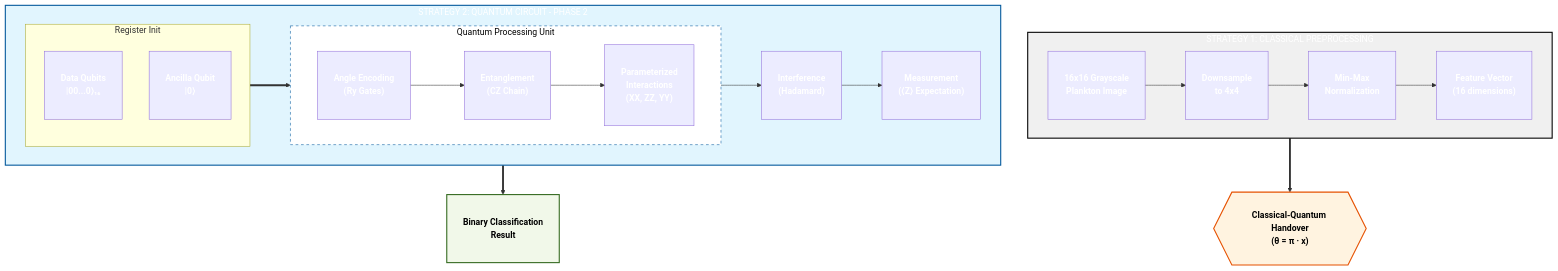
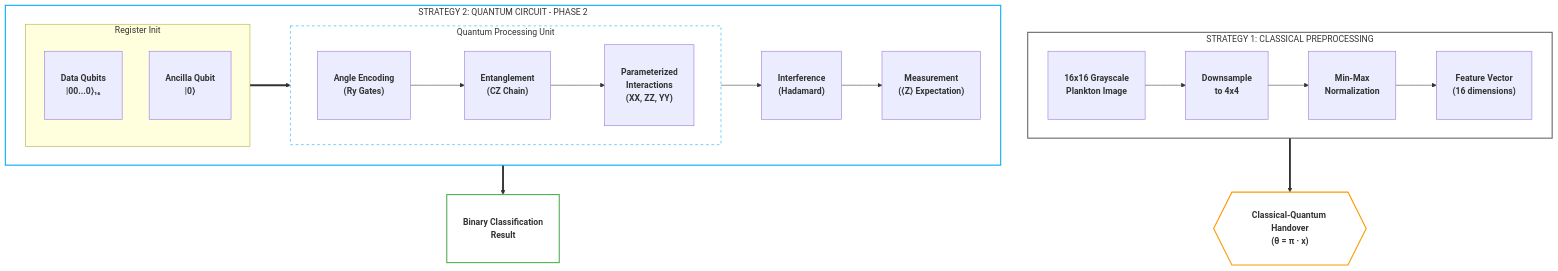
Before and after one commit to juleshenry/quantum-mnist: the first of 2 diagrams in README.md, drawn with Mermaid. The commit also changed other lines of this file and 7 other files, not shown here.

````diff
--- a/README.md
+++ b/README.md
@@ -27,57 +27,46 @@
 ```mermaid
 graph TD
     %% Classical Layer
     subgraph Classical_Layer [STRATEGY 1: CLASSICAL PREPROCESSING]
         direction LR
         A["<br/><b>16x16 Grayscale</b><br/><b>Plankton Image</b><br/><br/>"] --> B["<br/><b>Downsample</b><br/><b>to 4x4</b><br/><br/>"]
         B --> C["<br/><b>Min-Max</b><br/><b>Normalization</b><br/><br/>"]
         C --> D["<br/><b>Feature Vector</b><br/><b>(16 dimensions)</b><br/><br/>"]
     end
 
     %% Data Handover
     D ==> Interface{{"<br/><b>Classical-Quantum Handover</b><br/><b>(θ = π · x)</b><br/><br/>"}}
 
     %% Quantum Layer
     subgraph Quantum_Layer [STRATEGY 2: QUANTUM CIRCUIT - PHASE 2]
         direction LR
         
         subgraph Register_Init [Register Init]
             direction TB
             Q_Data["<br/><b>Data Qubits</b><br/><b>|00...0⟩₁₆</b><br/><br/>"]
             Q_Anc["<br/><b>Ancilla Qubit</b><br/><b>|0⟩</b><br/><br/>"]
         end
 
         subgraph PQC_Flow [Quantum Processing Unit]
             direction LR
             E["<br/><b>Angle Encoding</b><br/><b>(Ry Gates)</b><br/><br/>"] --> F["<br/><b>Entanglement</b><br/><b>(CZ Chain)</b><br/><br/>"]
             F --> G["<br/><b>Parameterized</b><br/><b>Interactions</b><br/><b>(XX, ZZ, YY)</b><br/><br/>"]
         end
         
         Register_Init ==> PQC_Flow
         PQC_Flow --> H["<br/><b>Interference</b><br/><b>(Hadamard)</b><br/><br/>"]
         H --> I["<br/><b>Measurement</b><br/><b>(⟨Z⟩ Expectation)</b><br/><br/>"]
     end
 
     %% Final Output
     I ==> J["<br/><b>Binary Classification</b><br/><b>Result</b><br/><br/>"]
 
-    %% Styling with High Contrast
-    style Classical_Layer fill:#f0f0f0,stroke:#000,stroke-width:2px,color:#fff
-    style Quantum_Layer fill:#e1f5fe,stroke:#01579b,stroke-width:2px,color:#fff
-    style Interface fill:#fff3e0,stroke:#e65100,stroke-width:2px,color:#000
-    style PQC_Flow fill:#fff,stroke:#01579b,stroke-dasharray: 5 5,color:#000
-    style J fill:#f1f8e9,stroke:#33691e,stroke-width:2px,color:#000
+    %% Styling for Light/Dark Compatibility
+    style Classical_Layer fill:none,stroke:#666,stroke-width:2px
+    style Quantum_Layer fill:none,stroke:#03a9f4,stroke-width:2px
+    style Interface fill:none,stroke:#ff9800,stroke-width:2px
+    style PQC_Flow fill:none,stroke:#03a9f4,stroke-dasharray: 5 5
+    style J fill:none,stroke:#4caf50,stroke-width:2px
     
-    %% Node-specific high contrast
-    style A color:#fff
-    style B color:#fff
-    style C color:#fff
-    style D color:#fff
-    style E color:#fff
-    style F color:#fff
-    style G color:#fff
-    style H color:#fff
-    style I color:#fff
-    style Q_Data color:#fff
-    style Q_Anc color:#fff
+    %% Node-specific styles removed for theme compatibility
 ```
````
